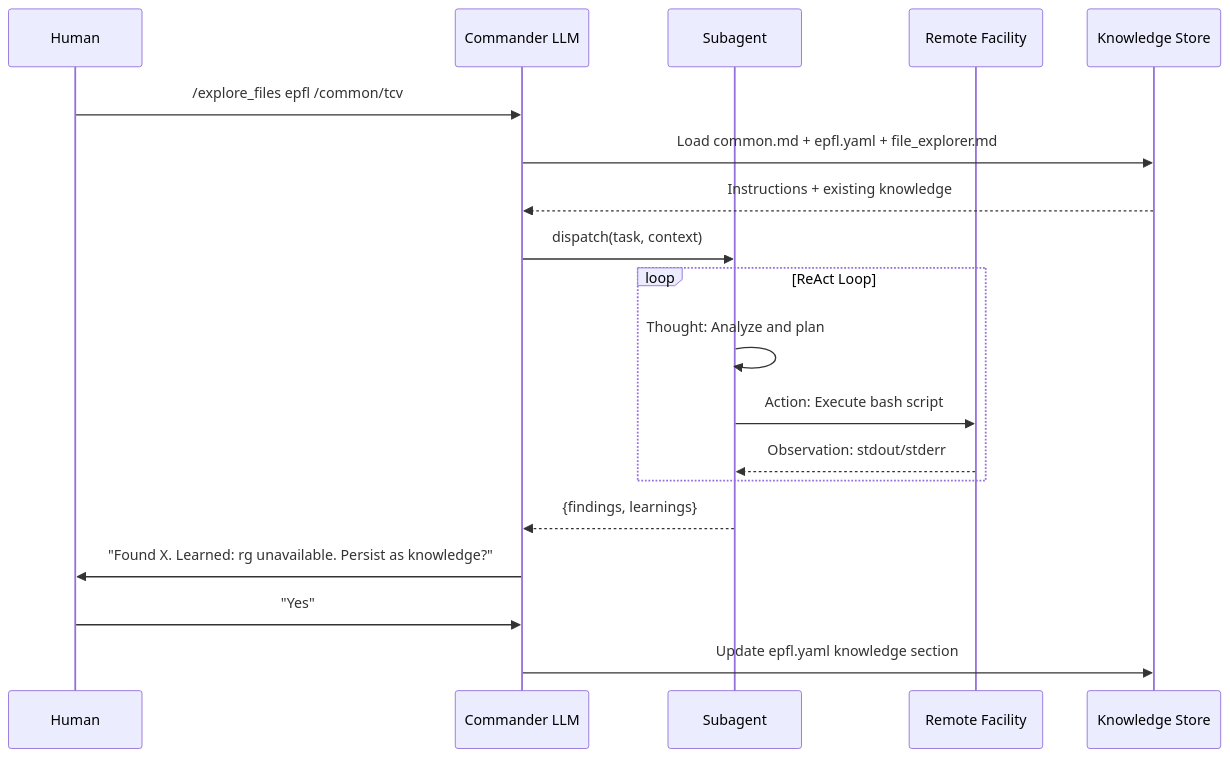
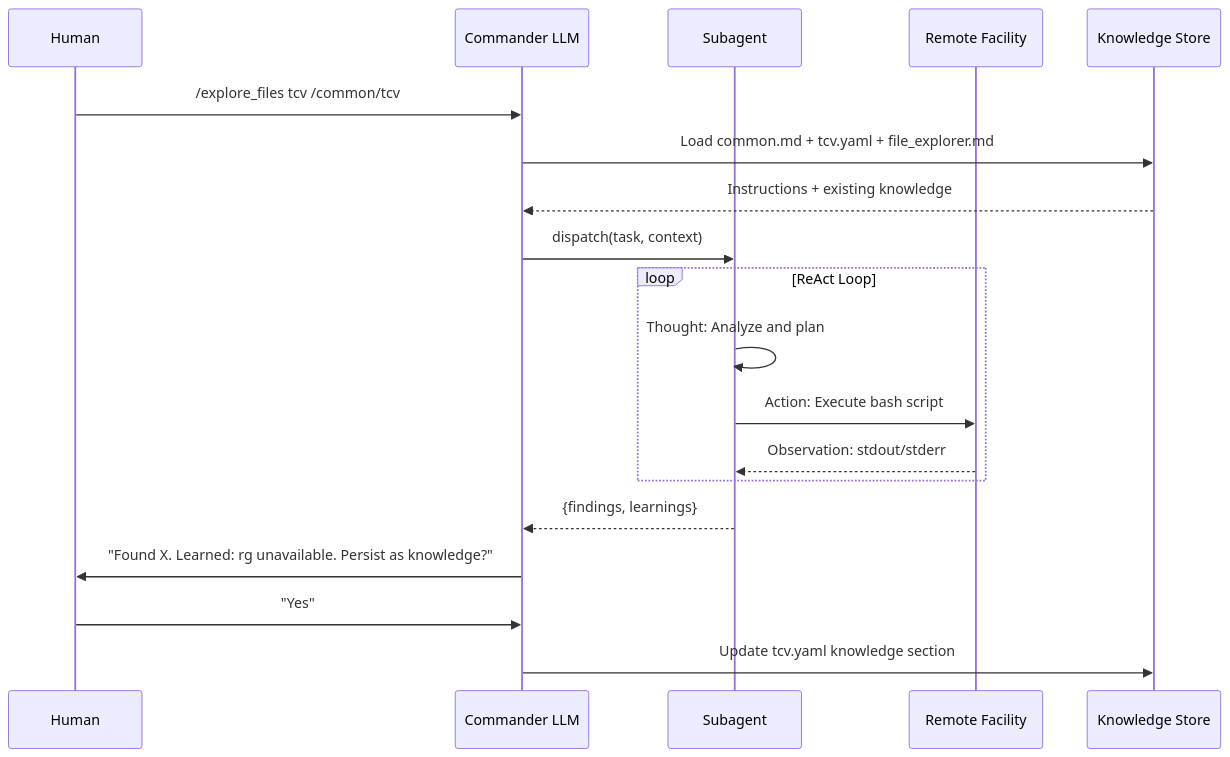
The second of 2 diagrams in plans/STRATEGY.md (iterorganization/imas-mcp), drawn with Mermaid before and after one commit. The commit also changed 68 other files, not shown here.

First line of the commit message:
refactor: rename epfl facility to tcv (machine name)

````diff
--- a/plans/STRATEGY.md
+++ b/plans/STRATEGY.md
@@ -100,24 +100,24 @@
 ```mermaid
 sequenceDiagram
     participant H as Human
     participant C as Commander LLM
     participant A as Subagent
     participant R as Remote Facility
     participant K as Knowledge Store
 
-    H->>C: /explore_files epfl /common/tcv
-    C->>K: Load common.md + epfl.yaml + file_explorer.md
+    H->>C: /explore_files tcv /common/tcv
+    C->>K: Load common.md + tcv.yaml + file_explorer.md
     K-->>C: Instructions + existing knowledge
     C->>A: dispatch(task, context)
     
     loop ReAct Loop
         A->>A: Thought: Analyze and plan
         A->>R: Action: Execute bash script
         R-->>A: Observation: stdout/stderr
     end
     
     A-->>C: {findings, learnings}
     C->>H: "Found X. Learned: rg unavailable. Persist as knowledge?"
     H->>C: "Yes"
-    C->>K: Update epfl.yaml knowledge section
+    C->>K: Update tcv.yaml knowledge section
 ```
````
